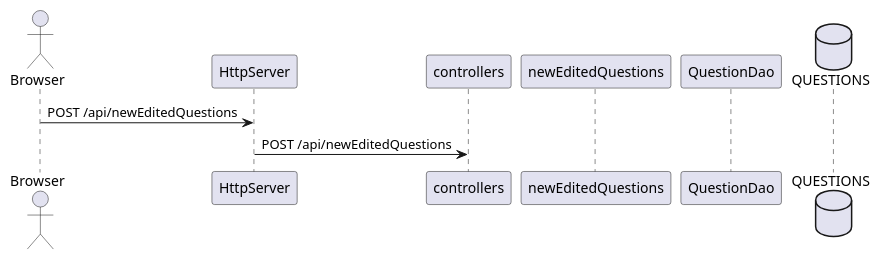
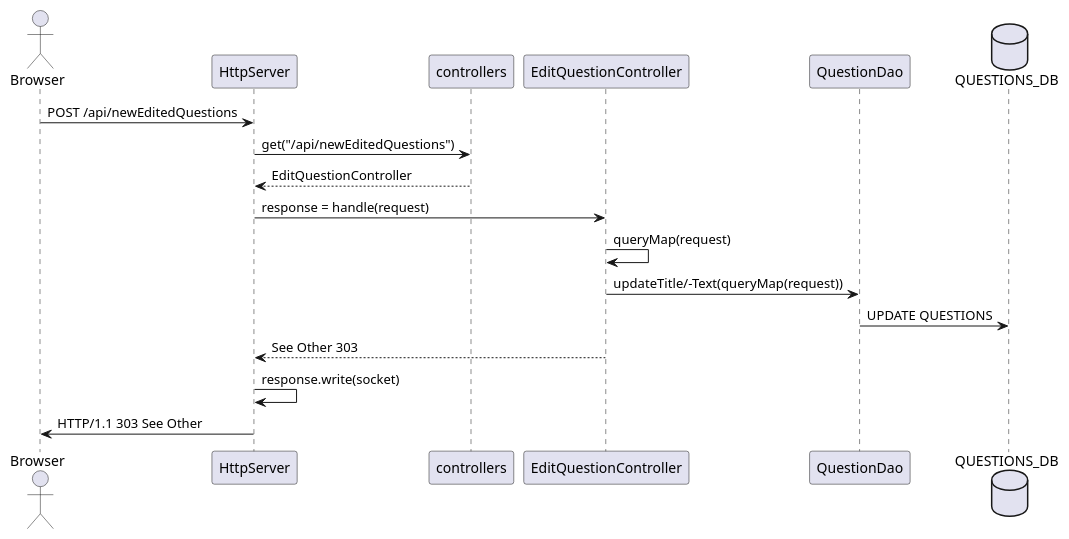
Before and after one commit to kristiania-pgr203-2021/pgr203-exam-willidachili: the diagram in doc/httpServer.puml, drawn with PlantUML.

Commit message:
95% finished Sequence diagram, trenger noen notat blokker for noen ekstra detaljer

```diff
--- a/doc/httpServer.puml
+++ b/doc/httpServer.puml
@@ -1,14 +1,21 @@
 @startuml
 
 actor Browser
 participant HttpServer
 participant controllers
-participant newEditedQuestions
+participant EditQuestionController
 participant QuestionDao
-database QUESTIONS
+database QUESTIONS_DB
 
 Browser -> HttpServer: POST /api/newEditedQuestions
-HttpServer -> controllers: POST /api/newEditedQuestions
-
+HttpServer -> controllers: get("/api/newEditedQuestions")
+HttpServer <-- controllers: EditQuestionController
+HttpServer -> EditQuestionController: response = handle(request)
+EditQuestionController -> EditQuestionController: queryMap(request)
+EditQuestionController -> QuestionDao: updateTitle/-Text(queryMap(request))
+QuestionDao -> QUESTIONS_DB: UPDATE QUESTIONS
+HttpServer <-- EditQuestionController: See Other 303
+HttpServer -> HttpServer: response.write(socket)
+Browser <- HttpServer: HTTP/1.1 303 See Other
 
 @enduml
```
